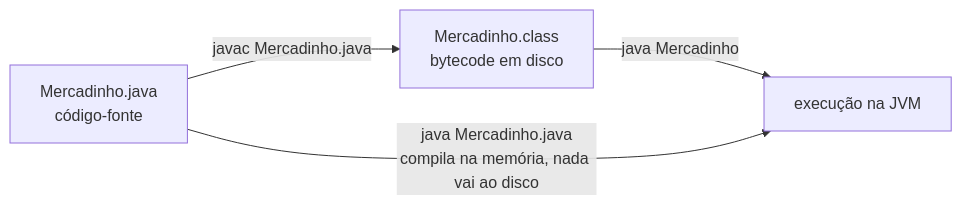
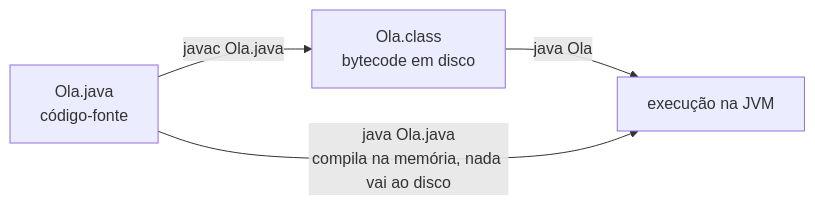
The diagram in src/capitulos/02-execucao.md (viniciusdias2902/livro_java), drawn with Mermaid before and after one commit. The commit also changed other lines of this file and 3 other files, not shown here.

````diff
--- a/src/capitulos/02-execucao.md
+++ b/src/capitulos/02-execucao.md
@@ -174,9 +166,9 @@
 ```mermaid
 flowchart LR
-    F["Mercadinho.java<br>código-fonte"]
-    C["Mercadinho.class<br>bytecode em disco"]
+    F["Ola.java<br>código-fonte"]
+    C["Ola.class<br>bytecode em disco"]
     E["execução na JVM"]
-    F -->|"javac Mercadinho.java"| C
-    C -->|"java Mercadinho"| E
-    F -->|"java Mercadinho.java<br>compila na memória, nada vai ao disco"| E
+    F -->|"javac Ola.java"| C
+    C -->|"java Ola"| E
+    F -->|"java Ola.java<br>compila na memória, nada vai ao disco"| E
 ```
````
